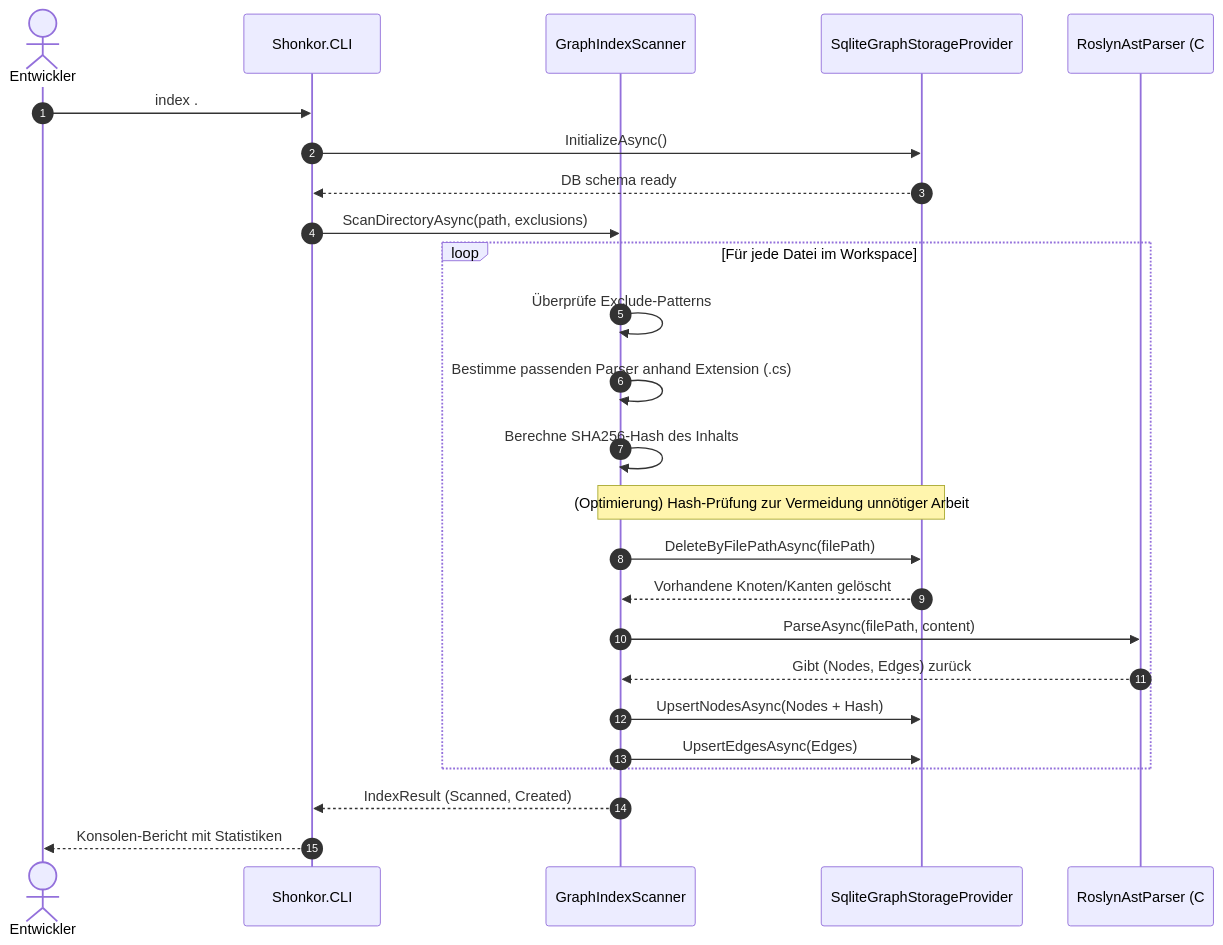
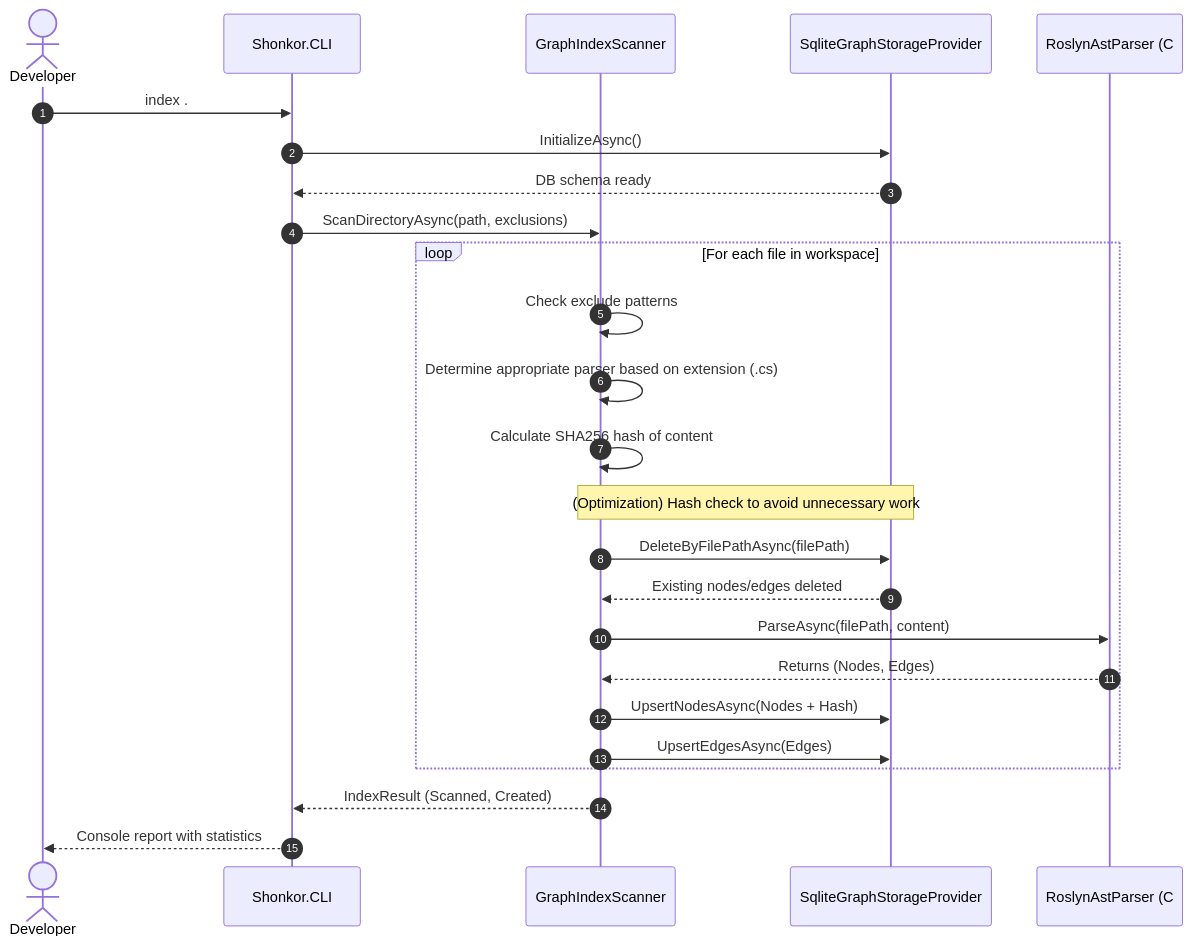
The first of 2 diagrams in docs/developer/arc42/06_runtime_view.md (MrNedimBoztepe/Shonkor), drawn with Mermaid before and after one commit. The commit also changed other lines of this file and 29 other files, not shown here.

````diff
--- a/docs/developer/arc42/06_runtime_view.md
+++ b/docs/developer/arc42/06_runtime_view.md
@@ -11,34 +11,34 @@
 ```mermaid
 sequenceDiagram
     autonumber
-    actor Dev as Entwickler
+    actor Dev as Developer
     participant CLI as Shonkor.CLI
     participant Scan as GraphIndexScanner
     participant Db as SqliteGraphStorageProvider
     participant Parser as RoslynAstParser (C#)
 
     Dev->>CLI: index .
     CLI->>Db: InitializeAsync()
     Db-->>CLI: DB schema ready
     CLI->>Scan: ScanDirectoryAsync(path, exclusions)
     
-    loop Für jede Datei im Workspace
-        Scan->>Scan: Überprüfe Exclude-Patterns
-        Scan->>Scan: Bestimme passenden Parser anhand Extension (.cs)
-        Scan->>Scan: Berechne SHA256-Hash des Inhalts
+    loop For each file in workspace
+        Scan->>Scan: Check exclude patterns
+        Scan->>Scan: Determine appropriate parser based on extension (.cs)
+        Scan->>Scan: Calculate SHA256 hash of content
         
-        Note over Scan, Db: (Optimierung) Hash-Prüfung zur Vermeidung unnötiger Arbeit
+        Note over Scan, Db: (Optimization) Hash check to avoid unnecessary work
         
         Scan->>Db: DeleteByFilePathAsync(filePath)
-        Db-->>Scan: Vorhandene Knoten/Kanten gelöscht
+        Db-->>Scan: Existing nodes/edges deleted
         
         Scan->>Parser: ParseAsync(filePath, content)
-        Parser-->>Scan: Gibt (Nodes, Edges) zurück
+        Parser-->>Scan: Returns (Nodes, Edges)
         
         Scan->>Db: UpsertNodesAsync(Nodes + Hash)
         Scan->>Db: UpsertEdgesAsync(Edges)
     end
     
     Scan-->>CLI: IndexResult (Scanned, Created)
-    CLI-->>Dev: Konsolen-Bericht mit Statistiken
+    CLI-->>Dev: Console report with statistics
 ```
````
